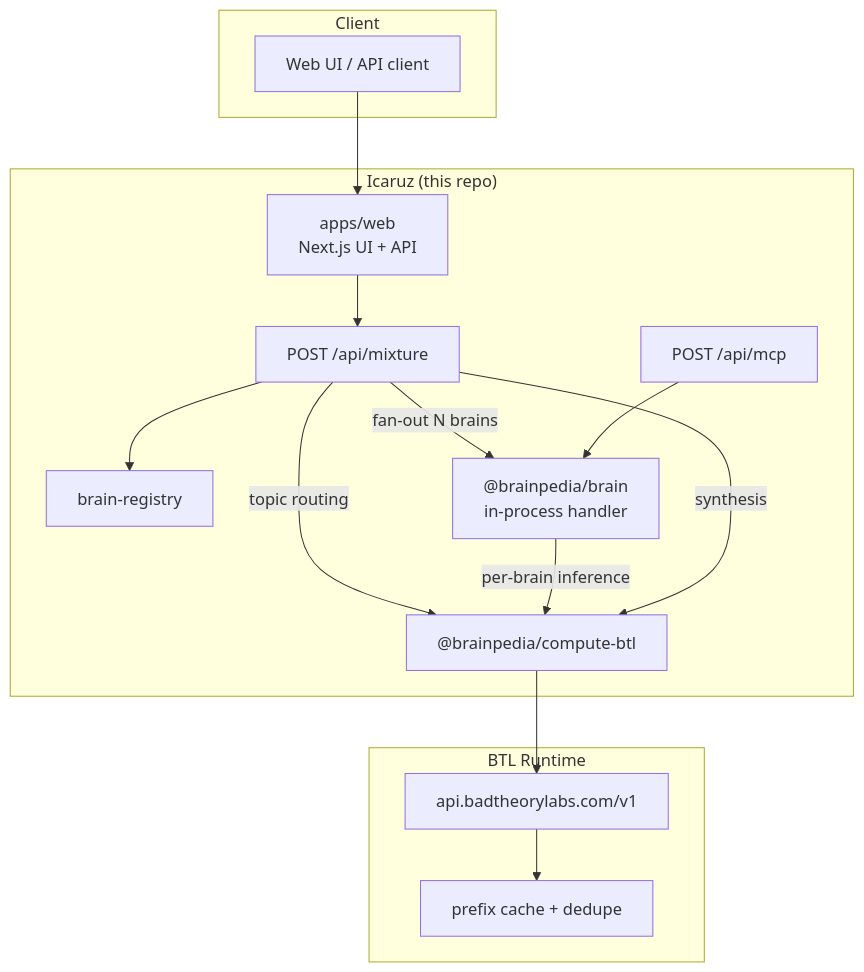
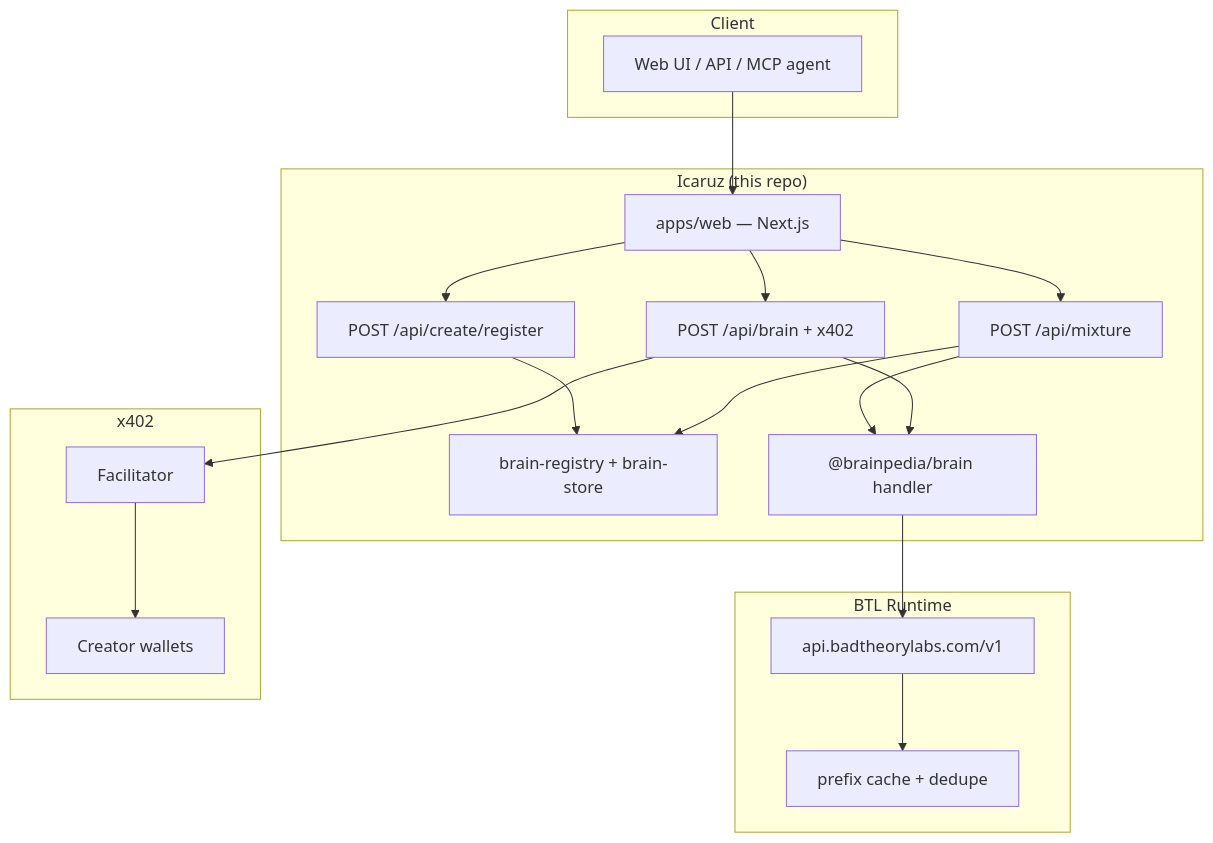
The second of 4 diagrams in README.md (arko05roy/Icaruz), drawn with Mermaid before and after one commit. The commit also changed other lines of this file and 26 other files, not shown here.

````diff
--- a/README.md
+++ b/README.md
@@ -31,31 +73,37 @@
 ```mermaid
 flowchart TB
     subgraph Client
-        UI[Web UI / API client]
+        UI[Web UI / API / MCP agent]
     end
 
     subgraph Icaruz["Icaruz (this repo)"]
-        WEB["apps/web<br/>Next.js UI + API"]
+        WEB["apps/web — Next.js"]
         MIX["POST /api/mixture"]
-        MCP["POST /api/mcp"]
-        REG["brain-registry"]
-        BTL_PKG["@brainpedia/compute-btl"]
-        HANDLER["@brainpedia/brain<br/>in-process handler"]
+        BRAIN["POST /api/brain + x402"]
+        CREATE["POST /api/create/register"]
+        REG["brain-registry + brain-store"]
+        HANDLER["@brainpedia/brain handler"]
     end
 
     subgraph BTL["BTL Runtime"]
         GW["api.badtheorylabs.com/v1"]
         CACHE["prefix cache + dedupe"]
     end
 
+    subgraph Pay["x402"]
+        FAC[Facilitator]
+        CW[Creator wallets]
+    end
+
     UI --> WEB
     WEB --> MIX
+    WEB --> BRAIN
+    WEB --> CREATE
+    CREATE --> REG
     MIX --> REG
-    MIX -->|"topic routing"| BTL_PKG
-    BTL_PKG --> GW
-    MIX -->|"fan-out N brains"| HANDLER
-    MCP --> HANDLER
-    HANDLER -->|"per-brain inference"| BTL_PKG
-  GW --> CACHE
-    MIX -->|"synthesis"| BTL_PKG
+    MIX --> HANDLER
+    BRAIN --> HANDLER
+    HANDLER --> GW
+    GW --> CACHE
+    BRAIN --> FAC --> CW
 ```
````
